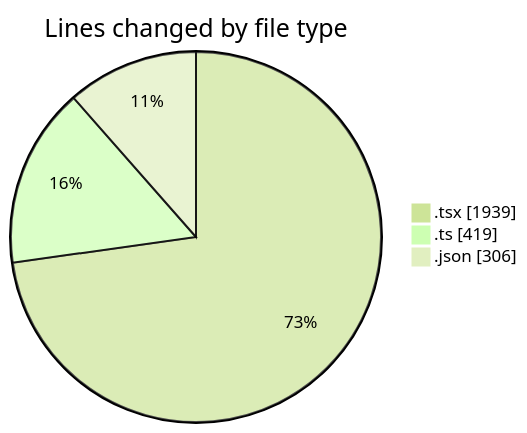
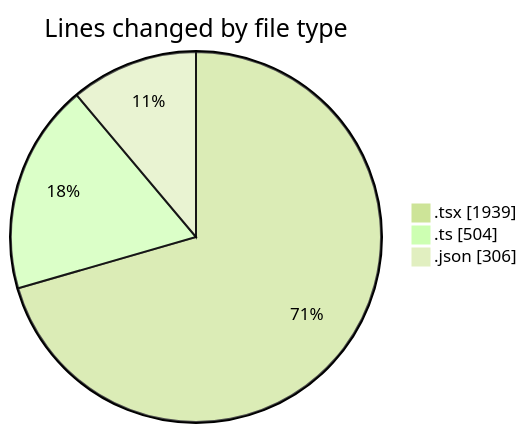
One commit to julien-gomy/code-tracking changed the first of 2 diagrams in 2025-11-22/eventscop-frontend-guide__workspace_/README.md. Above: the diagram before and after it, drawn with Mermaid (forest theme). The commit also changed other lines of this file and 1 other file, not shown here.

````diff
--- a/2025-11-22/eventscop-frontend-guide__workspace_/README.md
+++ b/2025-11-22/eventscop-frontend-guide__workspace_/README.md
@@ -41,7 +42,7 @@
 ```mermaid
 pie showData
 title Lines changed by file type
 ".tsx" : 1939
-".ts" : 419
+".ts" : 504
 ".json" : 306
 ```
````
